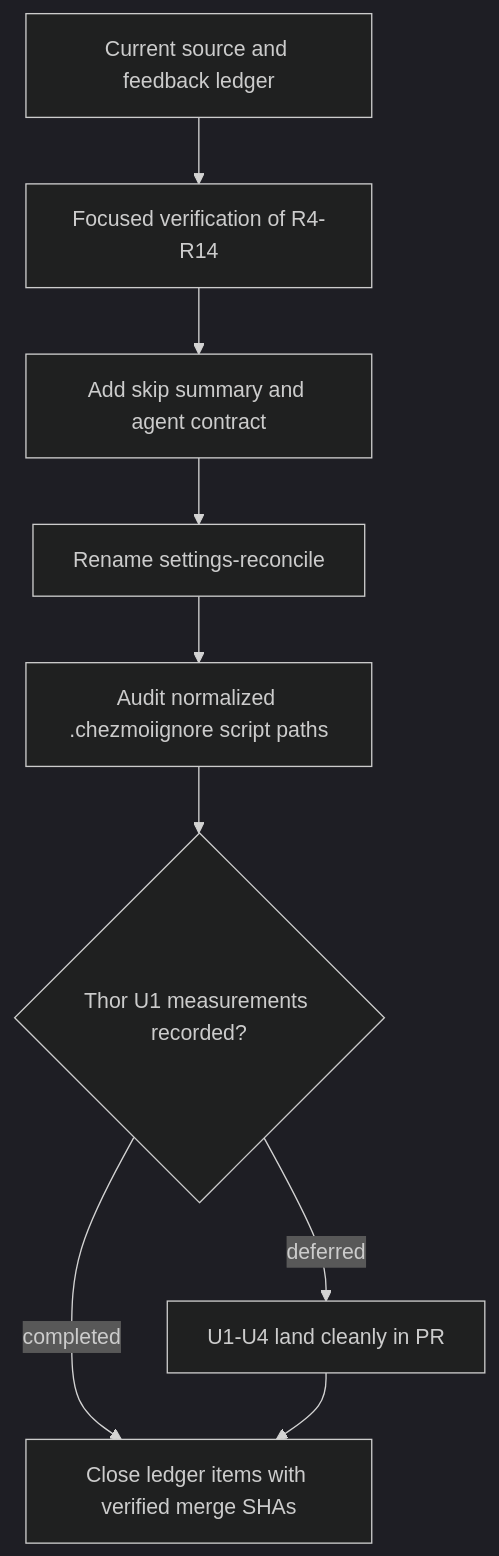
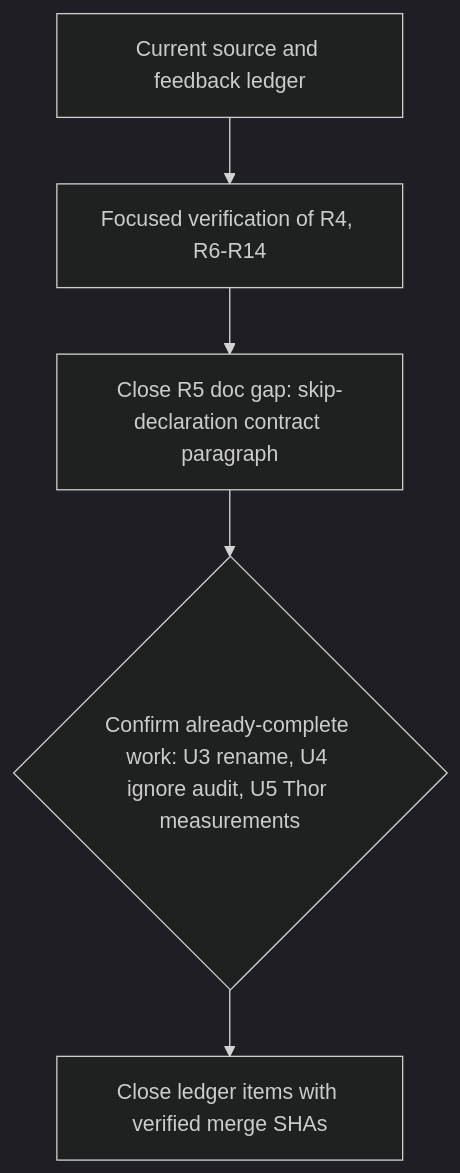
Before and after one commit to hyperlapse122/dotfiles: the diagram in docs/plans/feedback-sweep-plan-2026-08-20.md, drawn with Mermaid (dark theme). The commit also changed other lines of this file and 2 other files, not shown here.

````diff
--- a/docs/plans/feedback-sweep-plan-2026-08-20.md
+++ b/docs/plans/feedback-sweep-plan-2026-08-20.md
@@ -135,11 +135,7 @@
 ```mermaid
 flowchart TB
-  B[Current source and feedback ledger] --> V[Focused verification of R4-R14]
-  V --> S[Add skip summary and agent contract]
-  S --> R[Rename settings-reconcile]
-  R --> I[Audit normalized .chezmoiignore script paths]
-  I --> M{Thor U1 measurements recorded?}
-  M -->|deferred| D[U1-U4 land cleanly in PR]
-  M -->|completed| L[Close ledger items with verified merge SHAs]
-  D --> L
+  B[Current source and feedback ledger] --> V[Focused verification of R4, R6-R14]
+  V --> S[Close R5 doc gap: skip-declaration contract paragraph]
+  S --> C{Confirm already-complete work: U3 rename, U4 ignore audit, U5 Thor measurements}
+  C --> L[Close ledger items with verified merge SHAs]
 ```
````
